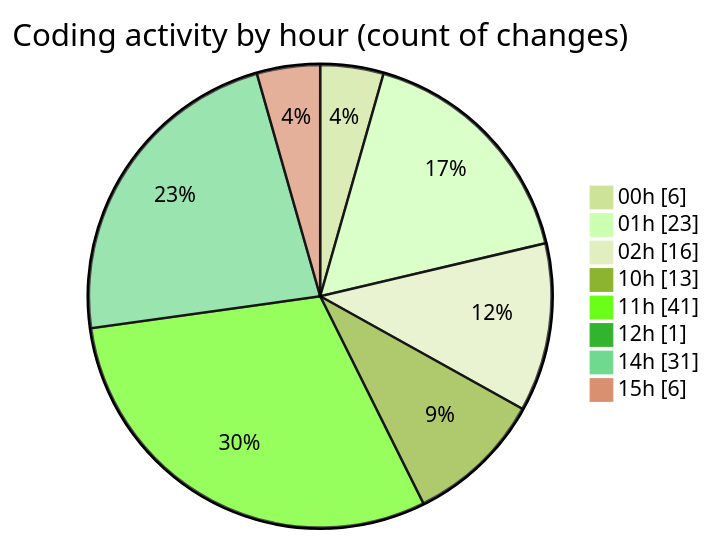
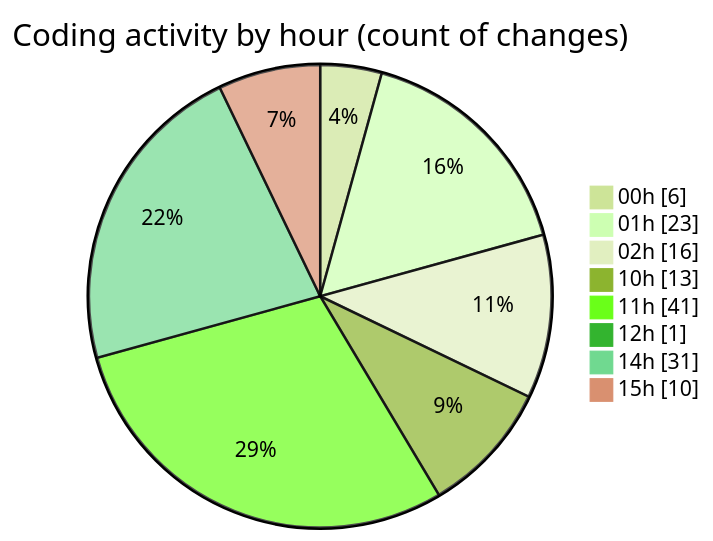
Before and after one commit to julien-gomy/code-tracking: the second of 2 diagrams in 2025-11-08/eventscop-frontend-guide__workspace_/README.md, drawn with Mermaid (forest theme). The commit also changed other lines of this file and 1 other file, not shown here.

````diff
--- a/2025-11-08/eventscop-frontend-guide__workspace_/README.md
+++ b/2025-11-08/eventscop-frontend-guide__workspace_/README.md
@@ -70,12 +71,12 @@
 ```mermaid
 pie showData
 title Coding activity by hour (count of changes)
 "00h" : 6
 "01h" : 23
 "02h" : 16
 "10h" : 13
 "11h" : 41
 "12h" : 1
 "14h" : 31
-"15h" : 6
+"15h" : 10
 ```
````
